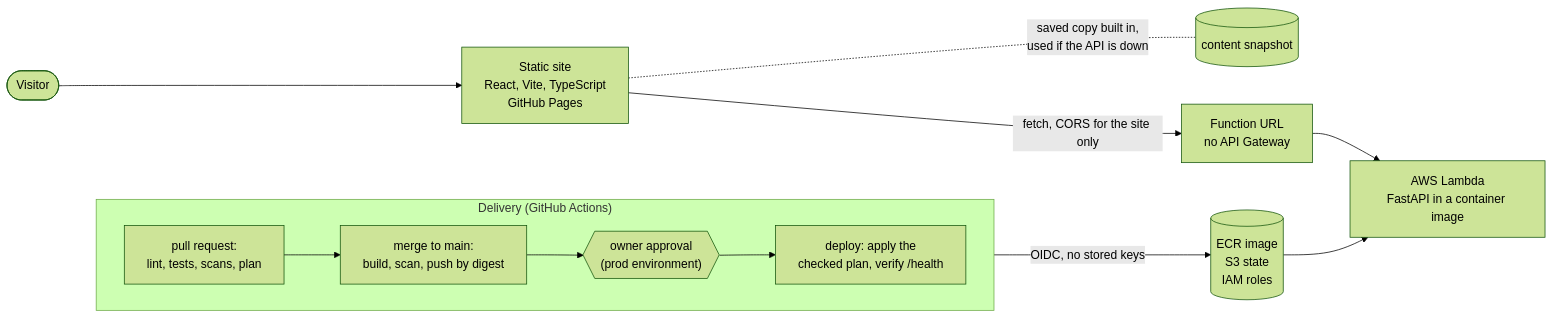
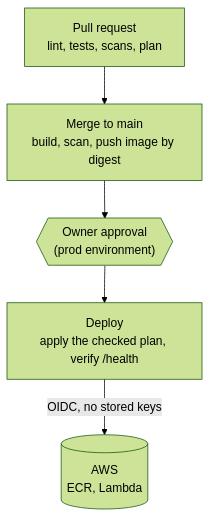
Before and after one commit to sergo3030/devops-portfolio: the second of 2 diagrams in README.md, drawn with Mermaid (forest theme). The commit also changed other lines of this file, not shown here.

Commit message:
docs: split the README diagram in two so it is readable
The single wide diagram rendered correctly on GitHub but with tiny text. Two small diagrams
(what a visitor touches, and how a change reaches production) read at normal size.

````diff
--- a/README.md
+++ b/README.md
@@ -19,15 +31,7 @@
 ```mermaid
-flowchart LR
-  V([Visitor]) --> S["Static site<br/>React, Vite, TypeScript<br/>GitHub Pages"]
-  S -. "saved copy built in,<br/>used if the API is down" .- C[(content snapshot)]
-  S -- "fetch, CORS for the site only" --> U["Function URL<br/>no API Gateway"]
-  U --> L["AWS Lambda<br/>FastAPI in a container image"]
-  subgraph delivery ["Delivery (GitHub Actions)"]
-    direction LR
-    G["pull request:<br/>lint, tests, scans, plan"] --> M["merge to main:<br/>build, scan, push by digest"]
-    M --> A{{"owner approval<br/>(prod environment)"}}
-    A --> D["deploy: apply the<br/>checked plan, verify /health"]
-  end
-  D -- "OIDC, no stored keys" --> R[("ECR image<br/>S3 state<br/>IAM roles")]
-  R --> L
+flowchart TB
+  P["Pull request<br/>lint, tests, scans, plan"] --> M["Merge to main<br/>build, scan, push image by digest"]
+  M --> A{{"Owner approval<br/>(prod environment)"}}
+  A --> D["Deploy<br/>apply the checked plan, verify /health"]
+  D -- "OIDC, no stored keys" --> W[("AWS<br/>ECR, Lambda")]
 ```
````
